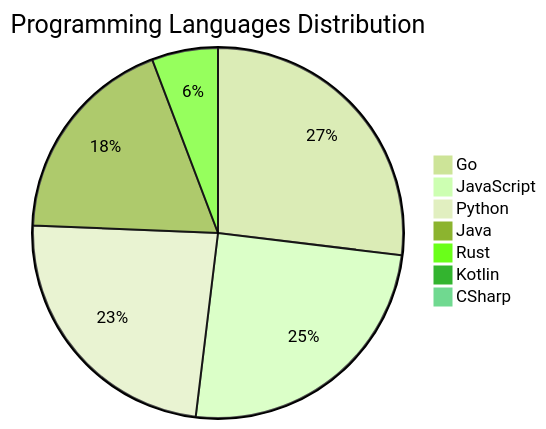
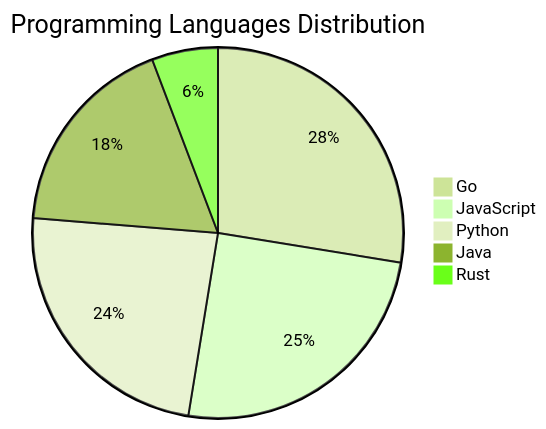
One commit to Derrick-MUGISHA/github-activity-bot changed the diagram in README.md. Above: the diagram before and after it, drawn with Mermaid (forest theme). The commit also changed other lines of this file and 4 other files, not shown here.

````diff
--- a/README.md
+++ b/README.md
@@ -207,10 +205,8 @@
 ```mermaid
 pie title Programming Languages Distribution
-    "Go" : 42
+    "Go" : 43
     "JavaScript" : 39
     "Python" : 37
-    "Java" : 29
+    "Java" : 28
     "Rust" : 9
-    "Kotlin" : 1
-    "CSharp" : 1
 ```
````
